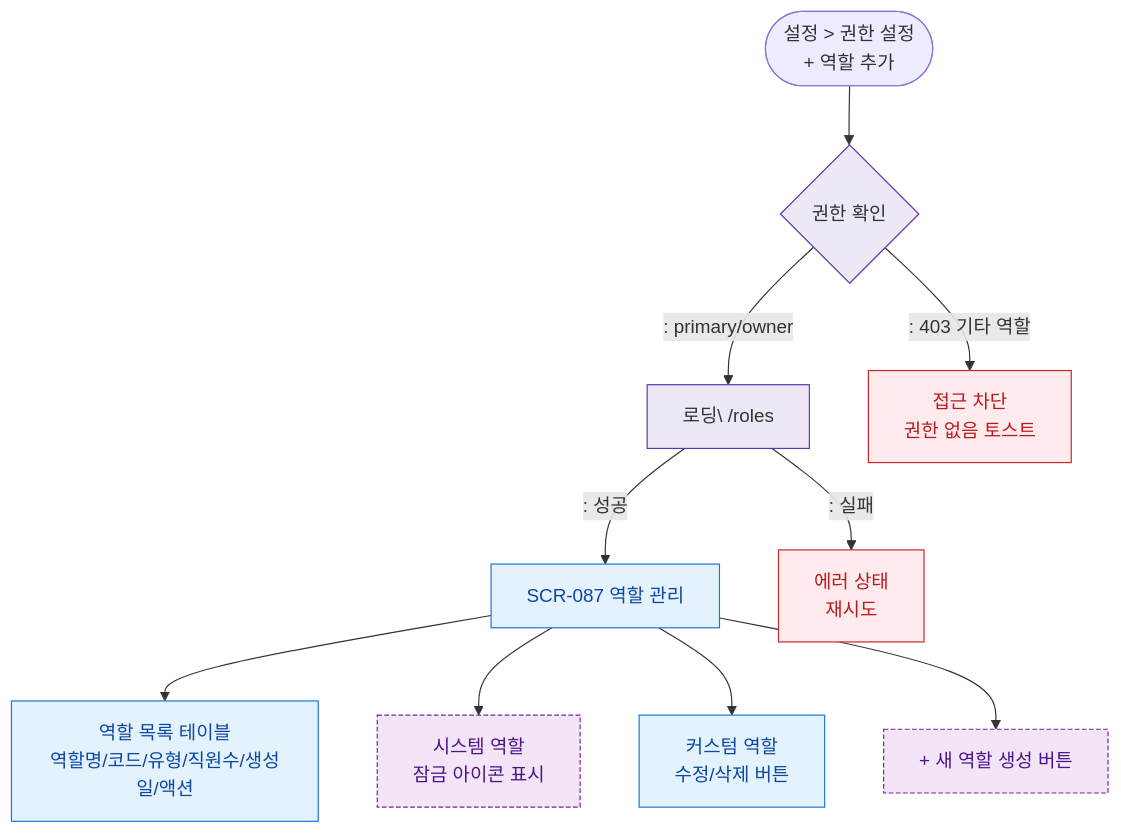
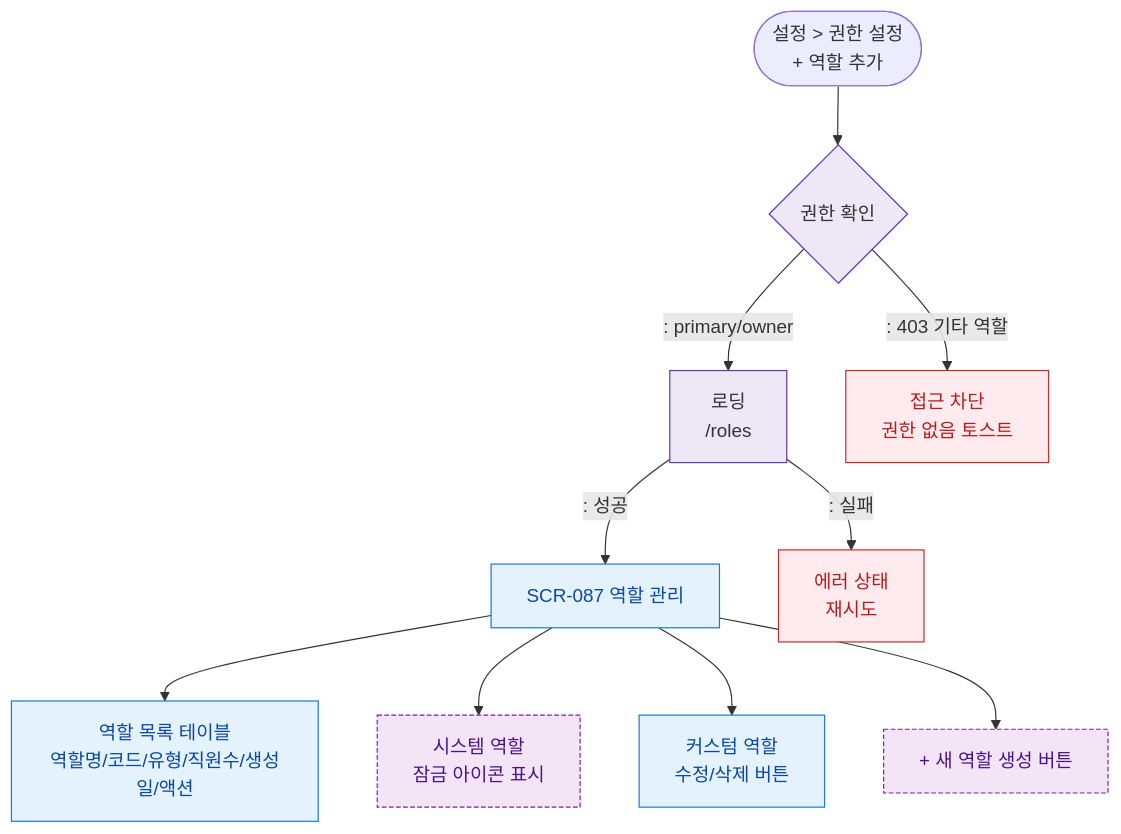
Before and after one commit to dev-spogym/admin-pando: the diagram in docs/admin/다이어그램/D09_설정관리/SCR-087_커스텀역할생성/F1_진입.md, drawn with Mermaid. The commit also changed 369 other files, not shown here.

````diff
--- a/docs/admin/다이어그램/D09_설정관리/SCR-087_커스텀역할생성/F1_진입.md
+++ b/docs/admin/다이어그램/D09_설정관리/SCR-087_커스텀역할생성/F1_진입.md
@@ -12,23 +12,23 @@
 ```mermaid
 flowchart TD
     Sidebar([설정 > 권한 설정\n+ 역할 추가]) --> Auth{권한 확인}
-    Auth -->|": primary/owner"|Loading[로딩\ /roles]
+    Auth -->|": primary/owner"|Loading[로딩<br/> /roles]
     Auth -->|": 403 기타 역할"|Blocked[접근 차단\n권한 없음 토스트]
 
     Loading -->|": 성공"|SCR087[SCR-087 역할 관리\n]
     Loading -->|": 실패"|ErrorState[에러 상태\n재시도]
 
     SCR087 --> RoleTable[역할 목록 테이블\n역할명/코드/유형/직원수/생성일/액션]
     SCR087 --> SystemRoles[시스템 역할\n잠금 아이콘 표시]
     SCR087 --> CustomRoles[커스텀 역할\n수정/삭제 버튼]
     SCR087 --> BtnNewRole[+ 새 역할 생성 버튼]
 
     classDef screen fill:#E3F2FD,stroke:#1976D2,color:#0D47A1
     classDef newFeature fill:#F3E5F5,stroke:#7B1FA2,color:#4A148C,stroke-dasharray:4 2
     classDef error fill:#FFEBEE,stroke:#C62828,color:#B71C1C
     classDef system fill:#EDE7F6,stroke:#5E35B2
     class SCR087,RoleTable,CustomRoles screen
     class BtnNewRole,SystemRoles newFeature
     class ErrorState,Blocked error
     class Loading,Auth system
 ```
````
